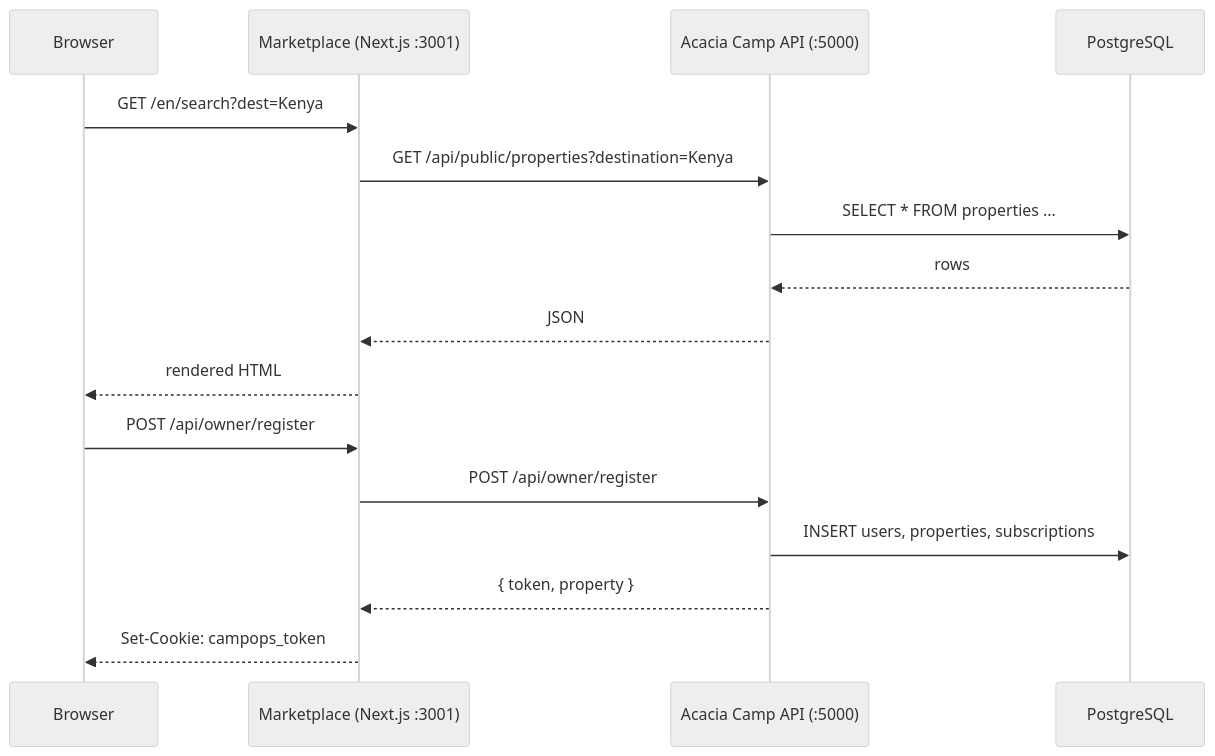
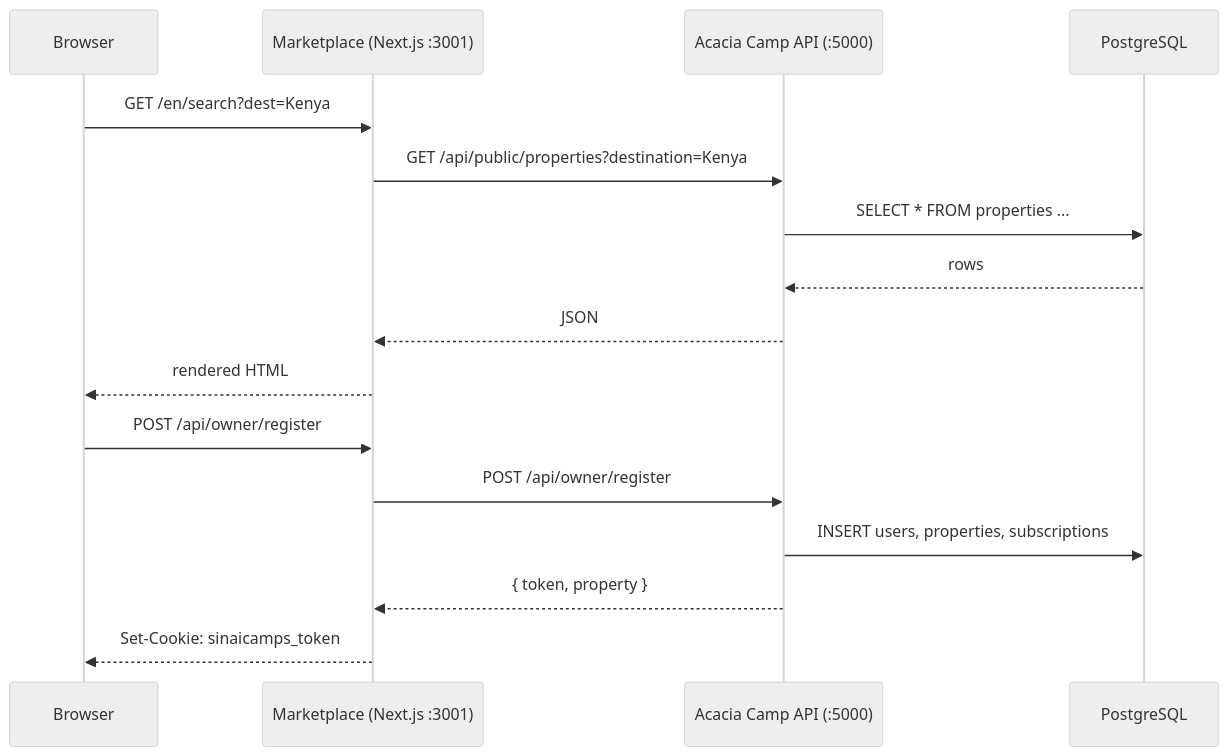
Before and after one commit to Michaelhehelmy/campops-marketplace: the diagram in docs/integrating-acacia-camp.md, drawn with Mermaid (neutral theme). The commit also changed other lines of this file and 234 other files, not shown here.

````diff
--- a/docs/integrating-acacia-camp.md
+++ b/docs/integrating-acacia-camp.md
@@ -9,20 +9,20 @@
 ```mermaid
 sequenceDiagram
     participant Browser
     participant Marketplace as Marketplace (Next.js :3001)
     participant Express as Acacia Camp API (:5000)
     participant DB as PostgreSQL
 
     Browser->>Marketplace: GET /en/search?dest=Kenya
     Marketplace->>Express: GET /api/public/properties?destination=Kenya
     Express->>DB: SELECT * FROM properties ...
     DB-->>Express: rows
     Express-->>Marketplace: JSON
     Marketplace-->>Browser: rendered HTML
 
     Browser->>Marketplace: POST /api/owner/register
     Marketplace->>Express: POST /api/owner/register
     Express->>DB: INSERT users, properties, subscriptions
     Express-->>Marketplace: { token, property }
-    Marketplace-->>Browser: Set-Cookie: campops_token
+    Marketplace-->>Browser: Set-Cookie: sinaicamps_token
 ```
````
